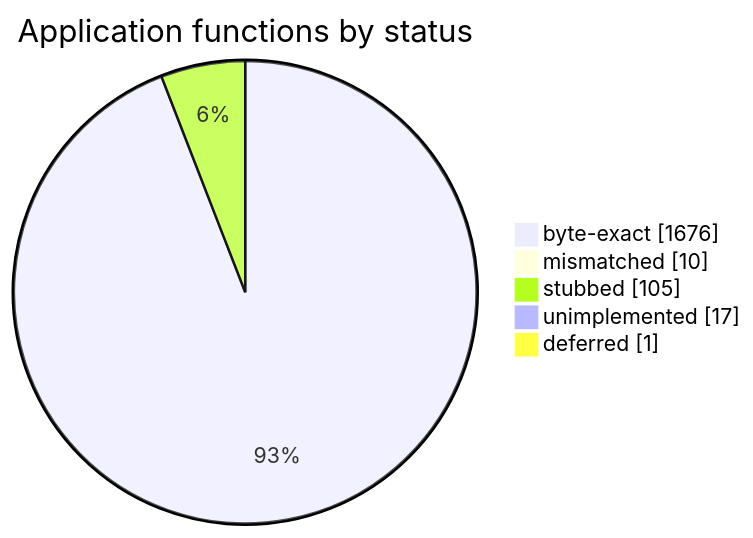
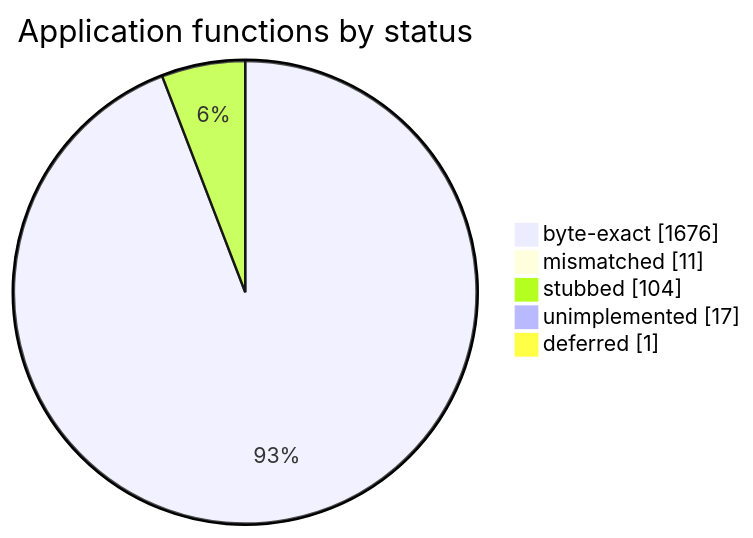
Before and after one commit to sorokya/eos: the diagram in README.md, drawn with Mermaid. The commit also changed other lines of this file and 2 other files, not shown here.

````diff
--- a/README.md
+++ b/README.md
@@ -152,9 +152,9 @@
 ```mermaid
 pie showData
     title Application functions by status
     "byte-exact" : 1676
-    "mismatched" : 10
-    "stubbed" : 105
+    "mismatched" : 11
+    "stubbed" : 104
     "unimplemented" : 17
     "deferred" : 1
 ```
````
